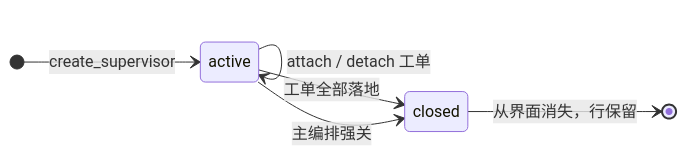
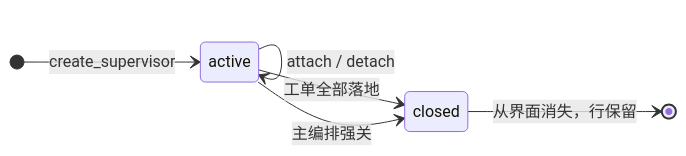
One commit to hairyf/dsh-nexus changed diagram 12 of 21 in docs/flow.md. Above: the diagram before and after it, drawn with Mermaid. The commit also changed other lines of this file and 9 other files, not shown here.

````diff
--- a/docs/flow.md
+++ b/docs/flow.md
@@ -432,9 +321,9 @@
 ```mermaid
 stateDiagram-v2
     direction LR
     [*] --> active : create_supervisor
-    active --> active : attach / detach 工单
+    active --> active : attach / detach
     active --> closed : 工单全部落地
     active --> closed : 主编排强关
     closed --> [*] : 从界面消失，行保留
 ```
````
